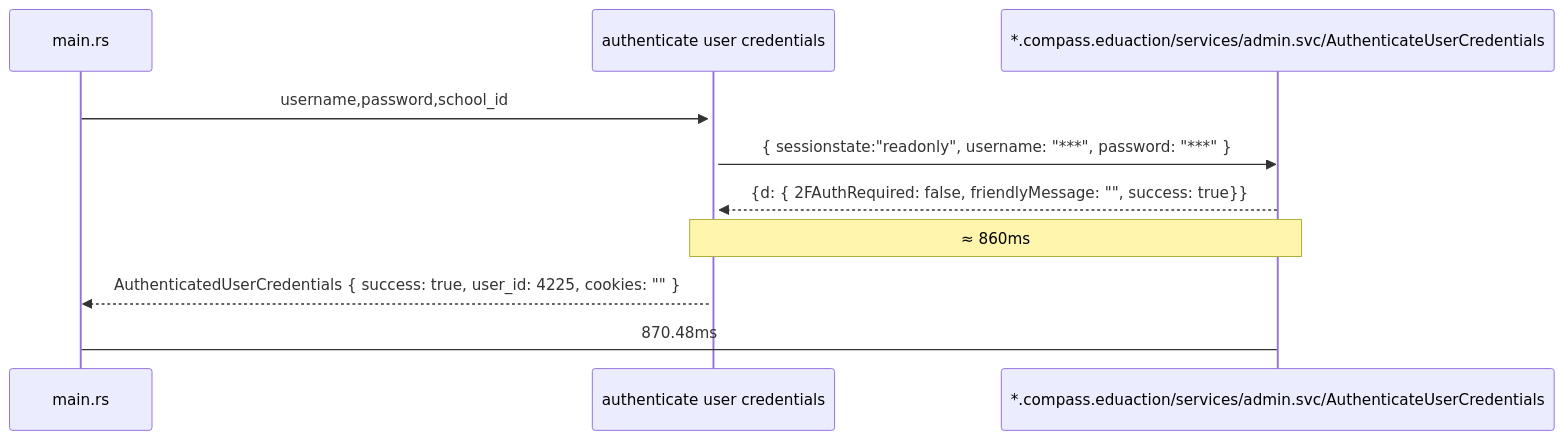
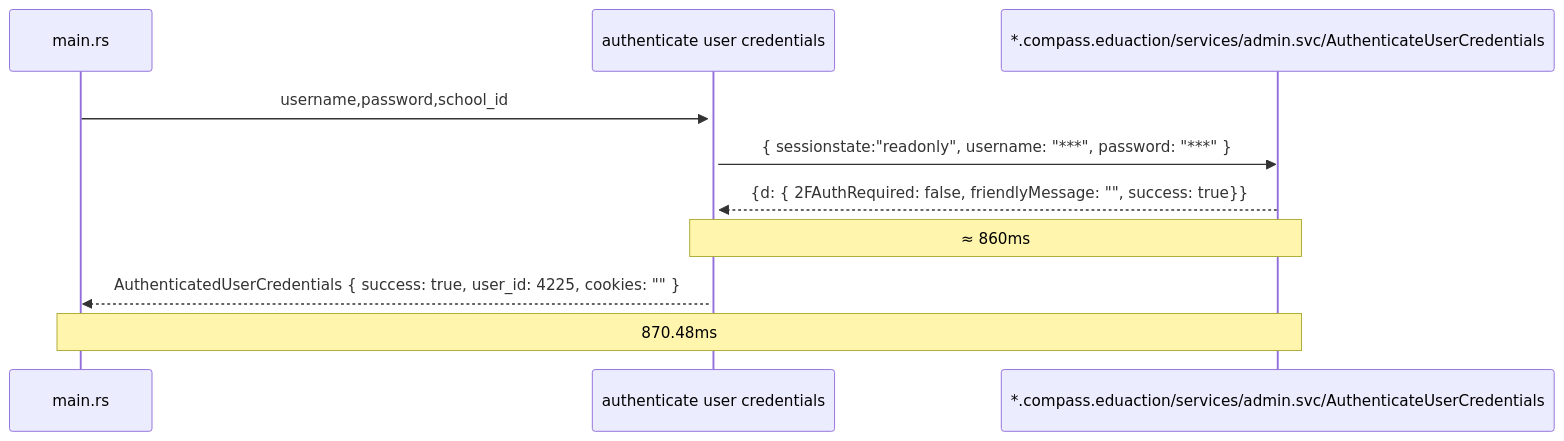
One commit to compassedu/api-rust changed the diagram in src/endpoints/auth/README.md. Above: the diagram before and after it, drawn with Mermaid.

Commit message:
update note

````diff
--- a/src/endpoints/auth/README.md
+++ b/src/endpoints/auth/README.md
@@ -1,12 +1,12 @@
 ```mermaid
 sequenceDiagram
     participant A as main.rs
     participant B as authenticate user credentials
     participant C as *.compass.eduaction/services/admin.svc/AuthenticateUserCredentials
     A ->>+ B: username,password,school_id
     B ->> C: { sessionstate:"readonly", username: "***", password: "***" }
     C -->> B: {d: { 2FAuthRequired: false, friendlyMessage: "", success: true}}
     Note over B,C: ≈ 860ms
     B -->> A : AuthenticatedUserCredentials { success: true, user_id: 4225, cookies: "" }
-    C -> A: 870.48ms
+    Note over C,A: 870.48ms
 ```
````
